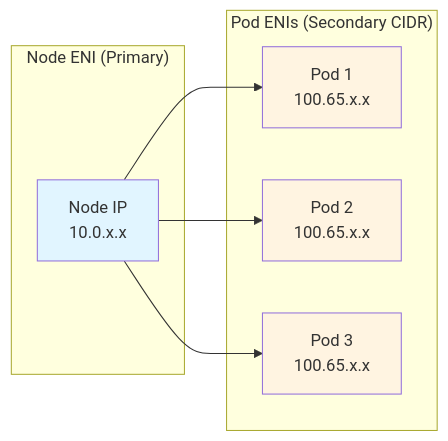
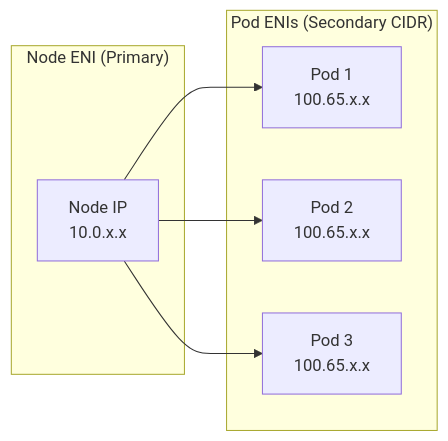
Before and after one commit to mchmarny/cluster: the second of 3 diagrams in provider/eks/README.md, drawn with Mermaid. The commit also changed other lines of this file and 10 other files, not shown here.

````diff
--- a/provider/eks/README.md
+++ b/provider/eks/README.md
@@ -169,21 +262,16 @@
 ```mermaid
 graph LR
     subgraph "Node ENI (Primary)"
         NODE[Node IP<br/>10.0.x.x]
     end
-    
+
     subgraph "Pod ENIs (Secondary CIDR)"
         POD1[Pod 1<br/>100.65.x.x]
         POD2[Pod 2<br/>100.65.x.x]
         POD3[Pod 3<br/>100.65.x.x]
     end
-    
+
     NODE --> POD1
     NODE --> POD2
     NODE --> POD3
-    
-    style NODE fill:#e1f5ff
-    style POD1 fill:#fff4e1
-    style POD2 fill:#fff4e1
-    style POD3 fill:#fff4e1
 ```
````
